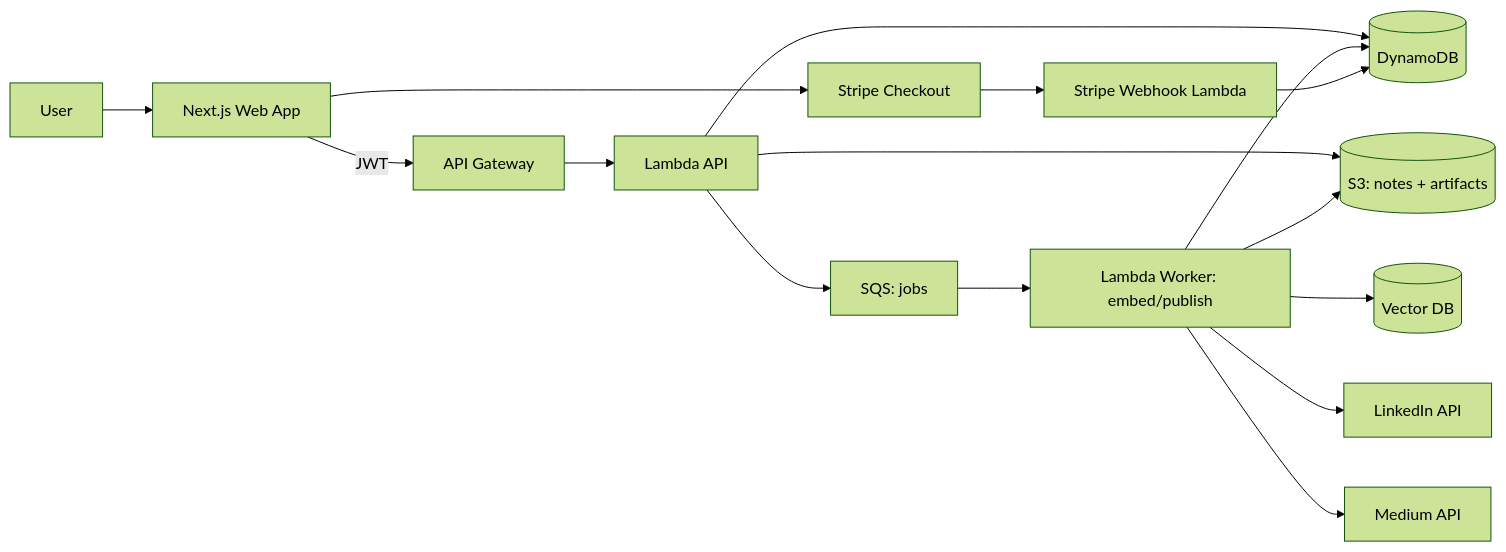
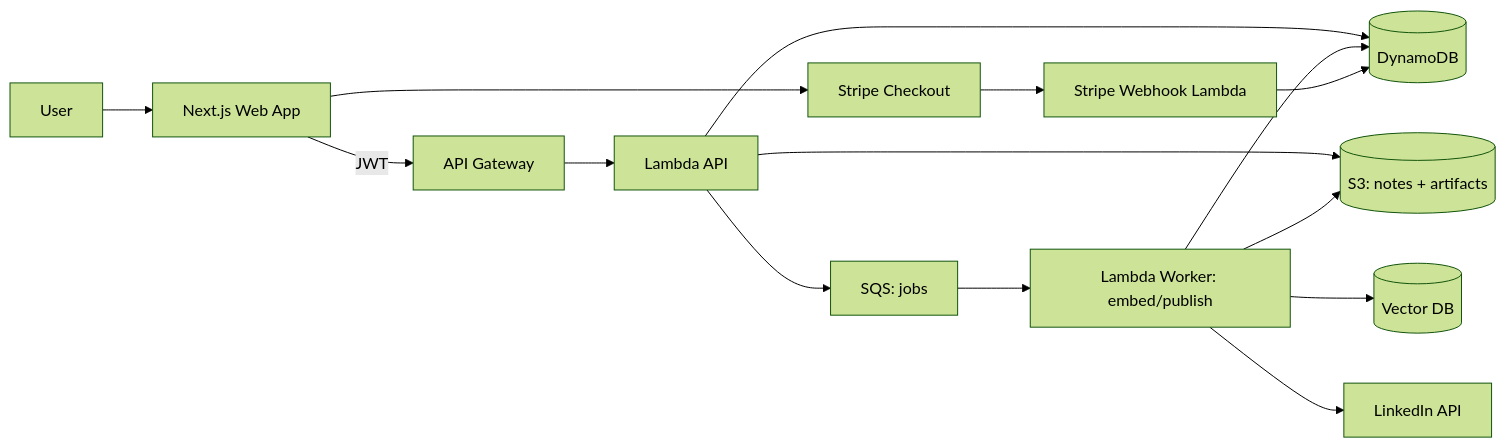
Before and after one commit to AhmedYassinH/noteship: the diagram in docs/technical/foundation/07-system-high-level-architecture.md, drawn with Mermaid (forest theme). The commit also changed other lines of this file and 25 other files, not shown here.

````diff
--- a/docs/technical/foundation/07-system-high-level-architecture.md
+++ b/docs/technical/foundation/07-system-high-level-architecture.md
@@ -21,21 +21,20 @@
 ```mermaid
 flowchart LR
   U[User] --> W[Next.js Web App]
   W -->|JWT| APIGW[API Gateway]
   APIGW --> L1[Lambda API]
 
   L1 --> DDB[(DynamoDB)]
   L1 --> S3[(S3: notes + artifacts)]
   L1 --> Q1[SQS: jobs]
 
   Q1 --> W1[Lambda Worker: embed/publish]
   W1 --> DDB
   W1 --> S3
   W1 --> VDB[(Vector DB)]
   W1 --> LI[LinkedIn API]
-  W1 --> MED[Medium API]
 
   W --> STR[Stripe Checkout]
   STR --> WH[Stripe Webhook Lambda]
   WH --> DDB
 ```
````
